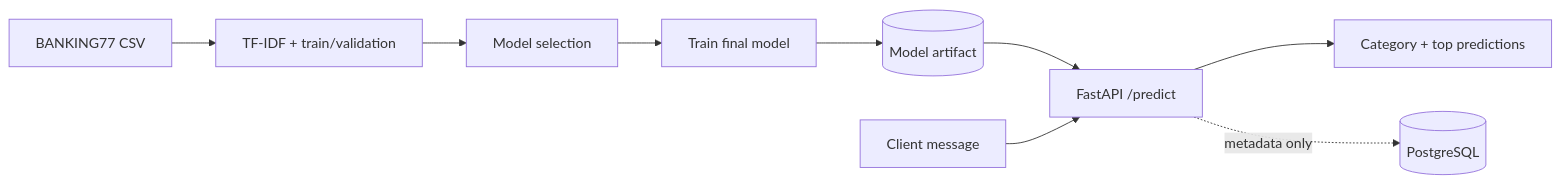
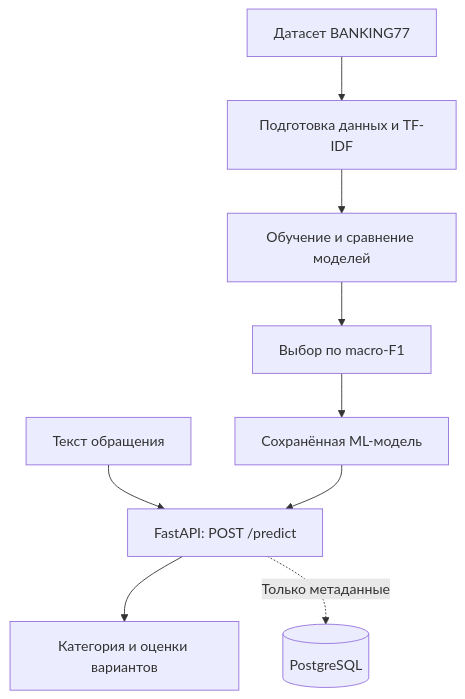
One commit to Natalie897/ai-support-intelligence changed the diagram in README.md. Above: the diagram before and after it, drawn with Mermaid. The commit also changed other lines of this file, not shown here.

````diff
--- a/README.md
+++ b/README.md
@@ -20,11 +49,11 @@
 ```mermaid
-flowchart LR
-    A[BANKING77 CSV] --> B[TF-IDF + train/validation]
-    B --> C[Model selection]
-    C --> D[Train final model]
-    D --> E[(Model artifact)]
-    E --> F[FastAPI /predict]
-    G[Client message] --> F
-    F --> H[Category + top predictions]
-    F -. metadata only .-> I[(PostgreSQL)]
+flowchart TD
+    A[Датасет BANKING77] --> B[Подготовка данных и TF-IDF]
+    B --> C[Обучение и сравнение моделей]
+    C --> D[Выбор по macro-F1]
+    D --> E[Сохранённая ML-модель]
+    F[Текст обращения] --> G[FastAPI: POST /predict]
+    E --> G
+    G --> H[Категория и оценки вариантов]
+    G -. Только метаданные .-> I[(PostgreSQL)]
 ```
````
